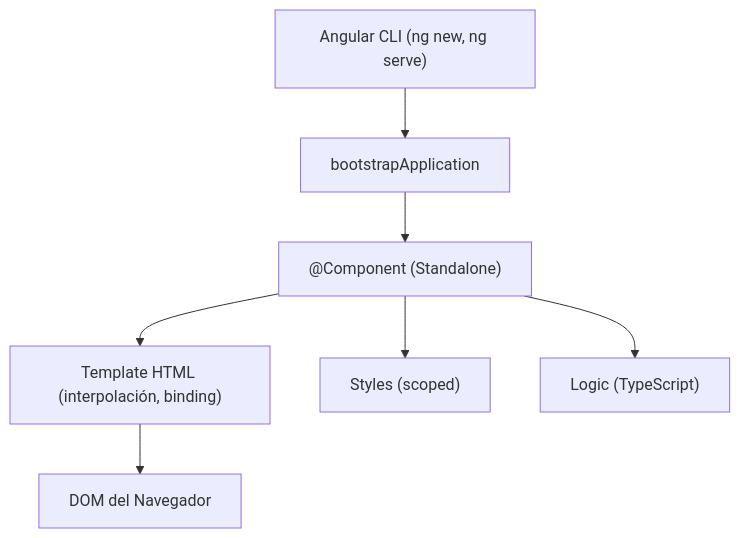
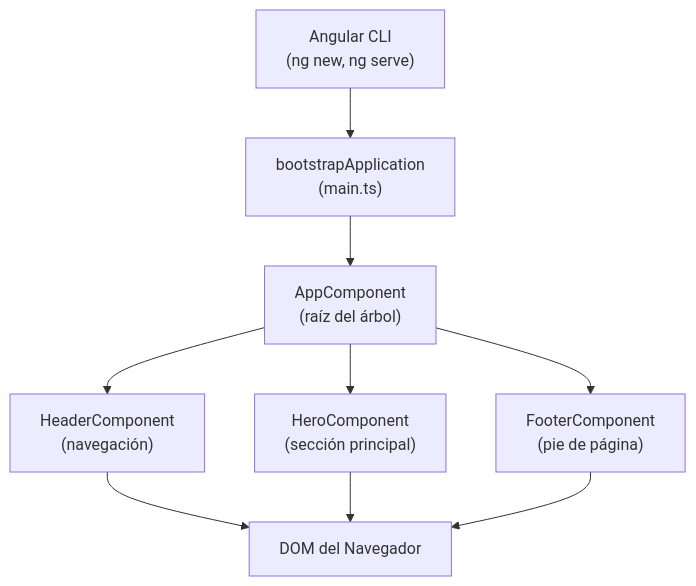
One commit to edgardo001/angular-mastery-roadmap changed the diagram in 02-intro-angular/README.md. Above: the diagram before and after it, drawn with Mermaid. The commit also changed other lines of this file and 9 other files, not shown here.

````diff
--- a/02-intro-angular/README.md
+++ b/02-intro-angular/README.md
@@ -14,9 +11,11 @@
 ```mermaid
 flowchart TB
-    CLI["Angular CLI (ng new, ng serve)"] --> BOOT["bootstrapApplication"]
-    BOOT --> CMP1["@Component (Standalone)"]
-    CMP1 --> TPL["Template HTML (interpolación, binding)"]
-    CMP1 --> STL["Styles (scoped)"]
-    CMP1 --> LOG["Logic (TypeScript)"]
-    TPL --> DOM["DOM del Navegador"]
+    CLI["Angular CLI\n(ng new, ng serve)"] --> BOOT["bootstrapApplication\n(main.ts)"]
+    BOOT --> ROOT["AppComponent\n(raíz del árbol)"]
+    ROOT --> HDR["HeaderComponent\n(navegación)"]
+    ROOT --> HERO["HeroComponent\n(sección principal)"]
+    ROOT --> FTR["FooterComponent\n(pie de página)"]
+    HDR --> DOM["DOM del Navegador"]
+    HERO --> DOM
+    FTR --> DOM
 ```
````
